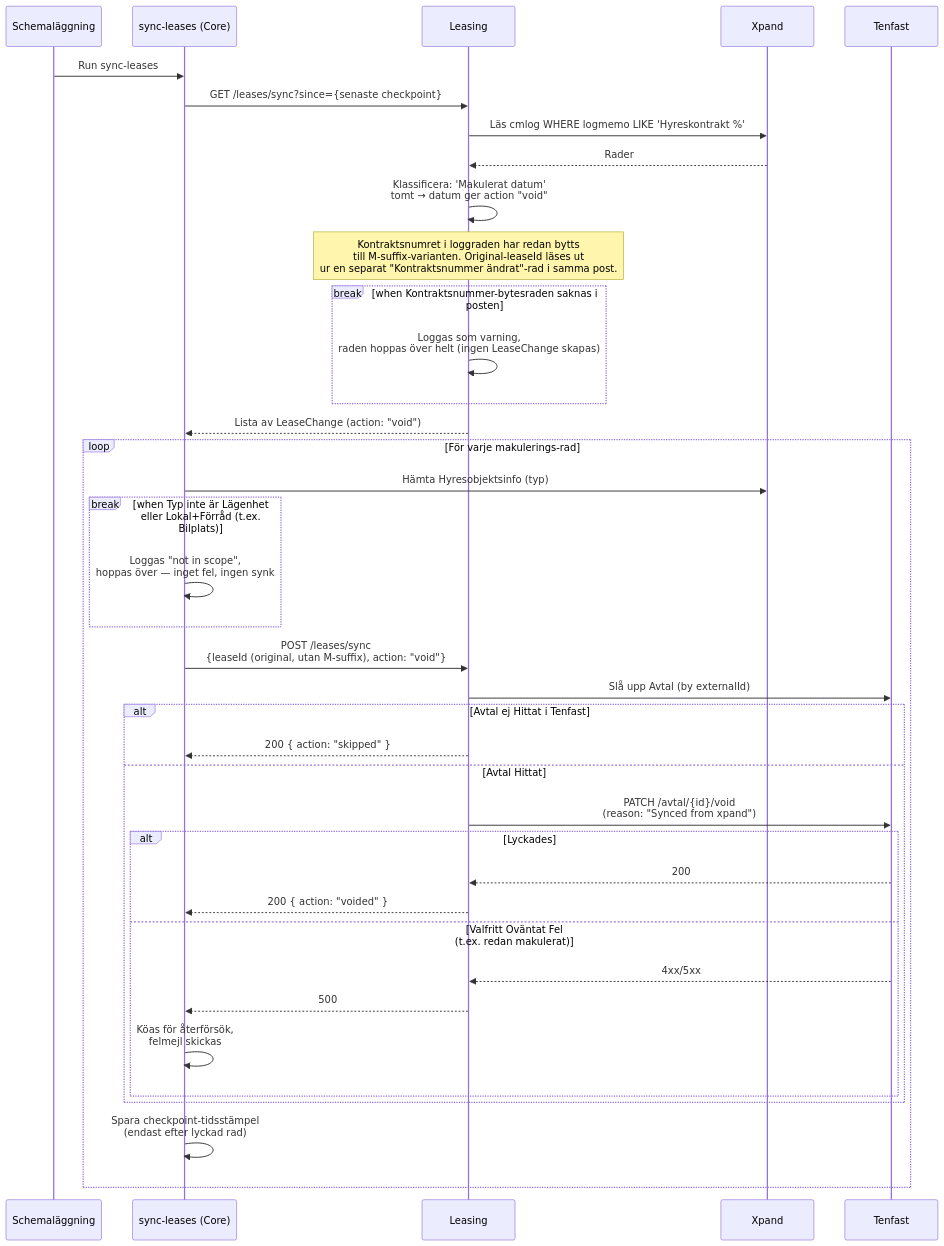
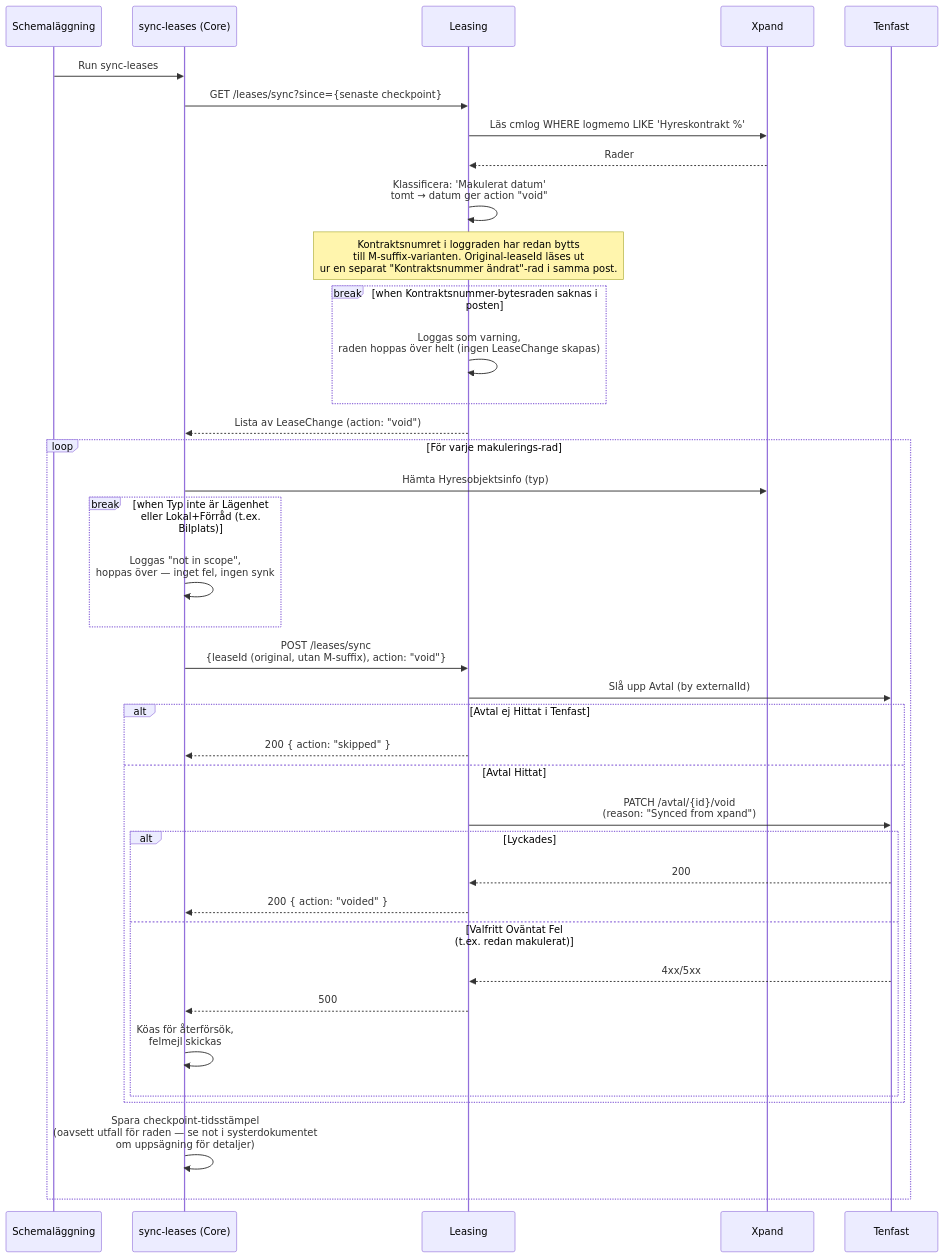
Before and after one commit to Bostads-AB-Mimer/onecore: the second of 2 diagrams in core/src/processes/leasetermination/DOCS_Void_Lease_via_Xpand_Sync.md, drawn with Mermaid. The commit also changed 2 other files, not shown here.

Commit message:
Docs: address Linda's review feedback on the lease termination PR
- Flowchart: the two non-rejection outcomes (signing request sent,
  routed to Xpand) were merging into the same "End: Avvisas" node as
  the actual rejection paths. Renamed to a neutral "End", matching the
  convention already used in the other process docs (e.g. home
  insurance) where a single End node covers every outcome.
- Sequence diagrams: corrected the checkpoint-save annotation in both
  Xpand sync docs — saveLastTimestamp runs unconditionally after each
  row (it's outside the try/catch), not only after a successful sync.
  Retries happen via the separate failed-rows queue, not by the
  checkpoint staying behind a failed row.

````diff
--- a/core/src/processes/leasetermination/DOCS_Void_Lease_via_Xpand_Sync.md
+++ b/core/src/processes/leasetermination/DOCS_Void_Lease_via_Xpand_Sync.md
@@ -35,50 +35,50 @@
 ```mermaid
 sequenceDiagram
     participant CronJob as Schemaläggning
     participant SyncScript as sync-leases (Core)
     participant Leasing as Leasing
     participant Xpand as Xpand
     participant Tenfast as Tenfast
 
     CronJob ->> SyncScript: Run sync-leases
     SyncScript ->> Leasing: GET /leases/sync?since={senaste checkpoint}
     Leasing ->> Xpand: Läs cmlog WHERE logmemo LIKE 'Hyreskontrakt %'
     Xpand -->> Leasing: Rader
     Leasing ->> Leasing: Klassificera: 'Makulerat datum'<br/>tomt → datum ger action "void"
 
     note over Leasing: Kontraktsnumret i loggraden har redan bytts<br/>till M-suffix-varianten. Original-leaseId läses ut<br/>ur en separat "Kontraktsnummer ändrat"-rad i samma post.
 
     break when Kontraktsnummer-bytesraden saknas i posten
         Leasing ->> Leasing: Loggas som varning,<br/>raden hoppas över helt (ingen LeaseChange skapas)
     end
 
     Leasing -->> SyncScript: Lista av LeaseChange (action: "void")
 
     loop För varje makulerings-rad
         SyncScript ->> Xpand: Hämta Hyresobjektsinfo (typ)
 
         break when Typ inte är Lägenhet eller Lokal+Förråd (t.ex. Bilplats)
             SyncScript ->> SyncScript: Loggas "not in scope",<br/>hoppas över — inget fel, ingen synk
         end
 
         SyncScript ->> Leasing: POST /leases/sync<br/>{leaseId (original, utan M-suffix), action: "void"}
         Leasing ->> Tenfast: Slå upp Avtal (by externalId)
 
         alt Avtal ej Hittat i Tenfast
             Leasing-->>SyncScript: 200 { action: "skipped" }
         else Avtal Hittat
             Leasing ->> Tenfast: PATCH /avtal/{id}/void<br/>(reason: "Synced from xpand")
             alt Lyckades
                 Tenfast-->>Leasing: 200
                 Leasing-->>SyncScript: 200 { action: "voided" }
             else Valfritt Oväntat Fel<br/>(t.ex. redan makulerat)
                 Tenfast-->>Leasing: 4xx/5xx
                 Leasing-->>SyncScript: 500
                 SyncScript ->> SyncScript: Köas för återförsök,<br/>felmejl skickas
             end
         end
 
-        SyncScript ->> SyncScript: Spara checkpoint-tidsstämpel<br/>(endast efter lyckad rad)
+        SyncScript ->> SyncScript: Spara checkpoint-tidsstämpel<br/>(oavsett utfall för raden — se not i systerdokumentet<br/>om uppsägning för detaljer)
     end
 
 ```
````
